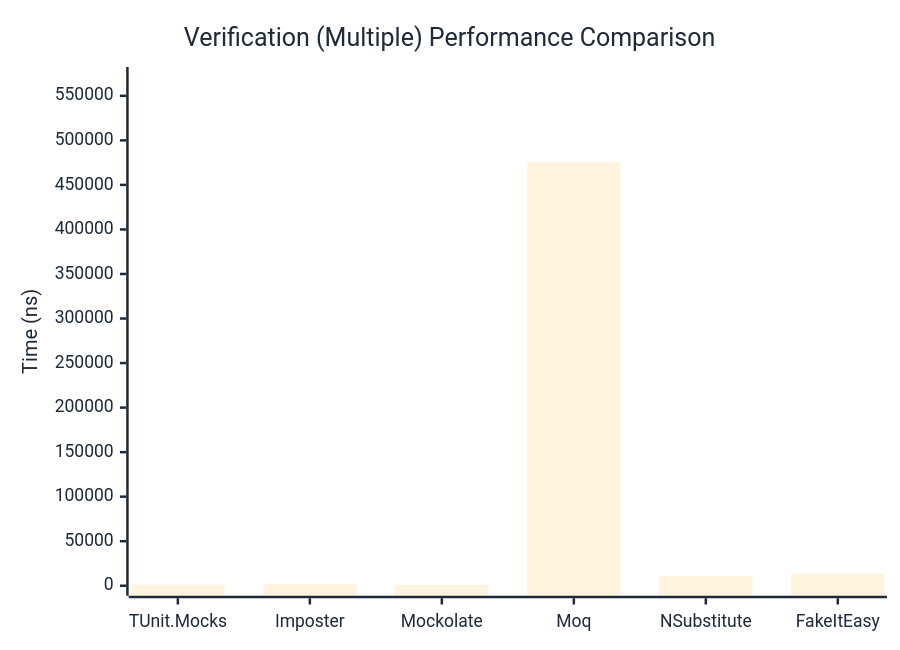
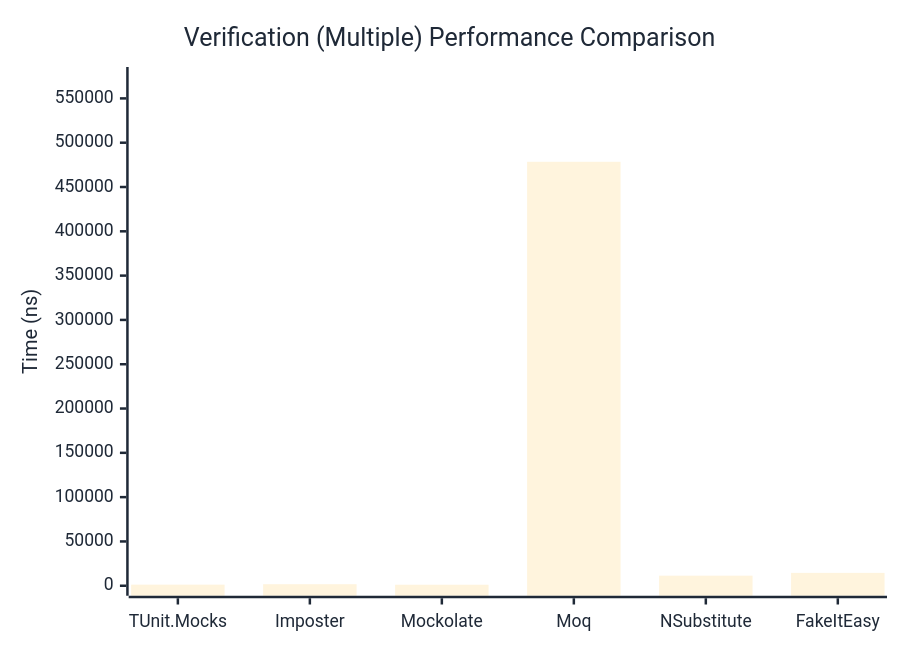
Before and after one commit to thomhurst/TUnit: the third of 3 diagrams in docs/docs/benchmarks/mocks/Verification.md, drawn with Mermaid. The commit also changed other lines of this file and 14 other files, not shown here.

````diff
--- a/docs/docs/benchmarks/mocks/Verification.md
+++ b/docs/docs/benchmarks/mocks/Verification.md
@@ -112,27 +112,27 @@
 ```mermaid
 %%{init: {
   'theme':'base',
   'themeVariables': {
     'primaryColor': '#2563eb',
     'primaryTextColor': '#1f2937',
     'primaryBorderColor': '#1e40af',
     'lineColor': '#6b7280',
     'secondaryColor': '#7c3aed',
     'tertiaryColor': '#dc2626',
     'background': '#ffffff',
     'pie1': '#2563eb',
     'pie2': '#7c3aed',
     'pie3': '#dc2626',
     'pie4': '#f59e0b',
     'pie5': '#10b981',
     'pie6': '#06b6d4',
     'pie7': '#ec4899',
     'pie8': '#6366f1'
   }
 }}%%
 xychart-beta
   title "Verification (Multiple) Performance Comparison"
   x-axis ["TUnit.Mocks", "Imposter", "Mockolate", "Moq", "NSubstitute", "FakeItEasy"]
-  y-axis "Time (ns)" 0 --> 571134
-  bar [1241.06, 1678.05, 1053.93, 475944.3, 11070.8, 13892.43]
+  y-axis "Time (ns)" 0 --> 574147
+  bar [1243.28, 1731.31, 1136.7, 478455.05, 11378.5, 14544.69]
 ```
````
